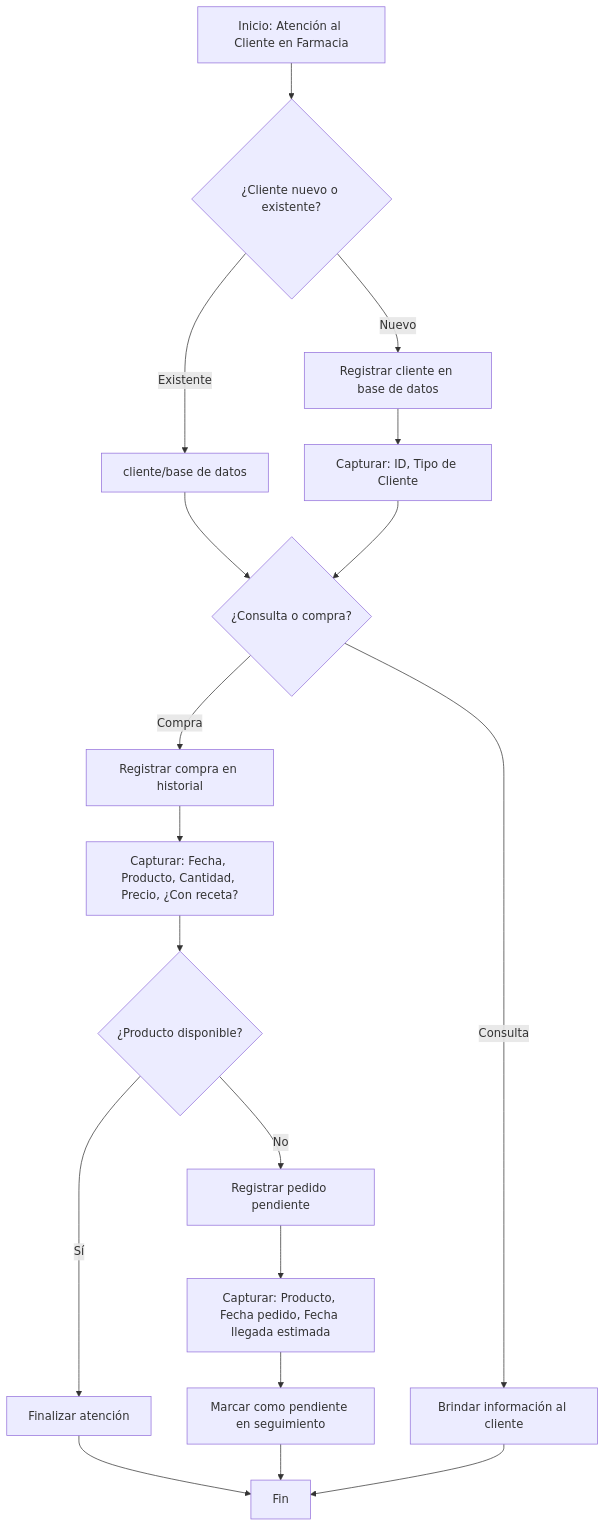
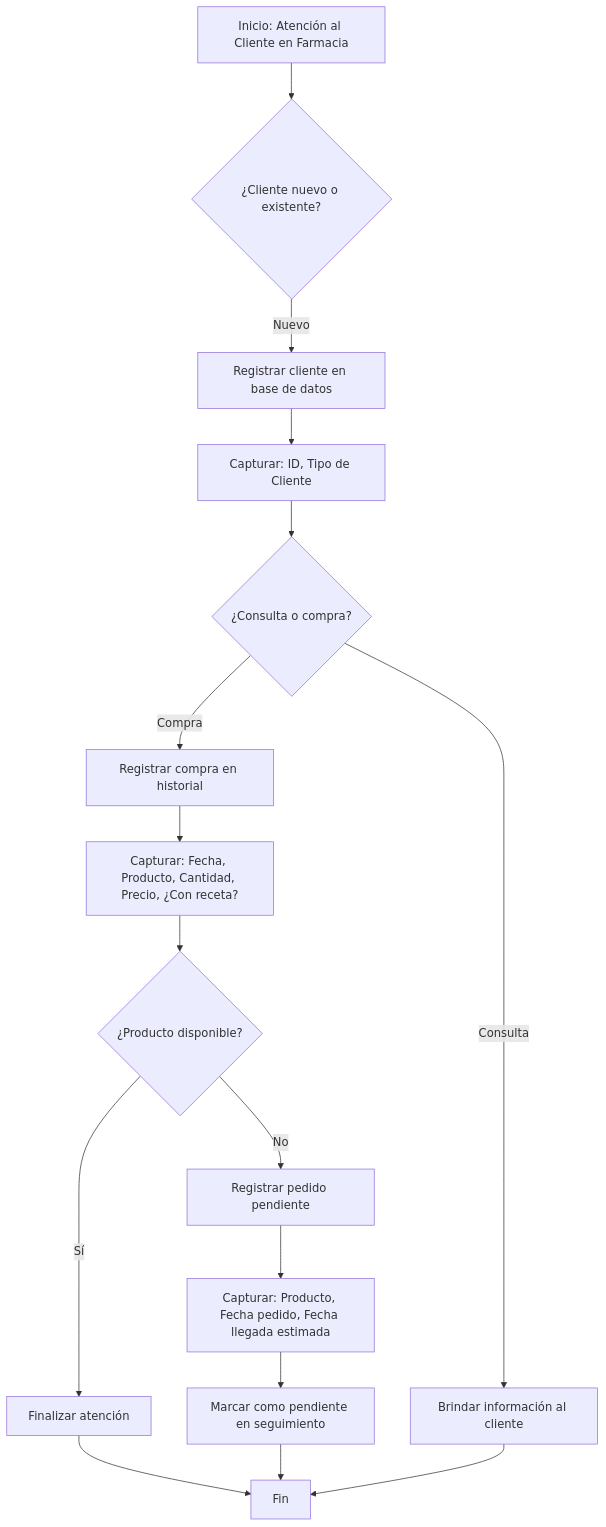
The diagram in proceso_farmacia.md (bererivcp/proceso_farmacia.md), drawn with Mermaid before and after one commit.

````diff
--- a/proceso_farmacia.md
+++ b/proceso_farmacia.md
@@ -3,29 +3,26 @@
 ```mermaid
 flowchart TD
     A[Inicio: Atención al Cliente en Farmacia] --> B{¿Cliente nuevo o existente?}
 
     B -- Nuevo --> C[Registrar cliente en base de datos]
     C --> D[Capturar: ID, Tipo de Cliente]
-
-    B -- Existente --> E[ cliente/base de datos]
-
-    E --> F{¿Consulta o compra?}
-    D --> F
+    D --> F{¿Consulta o compra?}
 
     F -- Consulta --> G[Brindar información al cliente]
 
     F -- Compra --> H[Registrar compra en historial]
     H --> I[Capturar: Fecha, Producto, Cantidad, Precio, ¿Con receta?]
 
     I --> J{¿Producto disponible?}
 
     J -- Sí --> K[Finalizar atención]
 
     J -- No --> L[Registrar pedido pendiente]
     L --> M[Capturar: Producto, Fecha pedido, Fecha llegada estimada]
     M --> N[Marcar como pendiente en seguimiento]
 
     K --> O[Fin]
     N --> O
     G --> O
+
 ```
````
